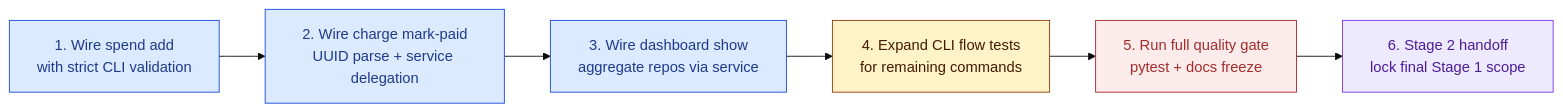
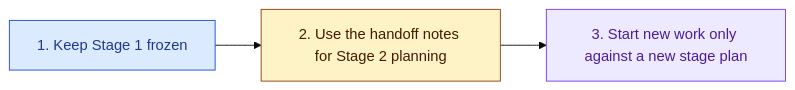
Diagram 13 of 25 in Docs/stage1_implementation_status.md (MoaminShikha/student-expense-tracker), drawn with Mermaid (base theme) before and after one commit. The commit also changed other lines of this file, not shown here.

Commit message:
docs(stage1): freeze final implementation status

````diff
--- a/Docs/stage1_implementation_status.md
+++ b/Docs/stage1_implementation_status.md
@@ -497,18 +480,12 @@
 ```mermaid
 flowchart LR
-    S1["1. Wire spend add\nwith strict CLI validation"]
-    S2["2. Wire charge mark-paid\nUUID parse + service delegation"]
-    S3["3. Wire dashboard show\naggregate repos via service"]
-    S4["4. Expand CLI flow tests\nfor remaining commands"]
-    S5["5. Run full quality gate\npytest + docs freeze"]
-    S6["6. Stage 2 handoff\nlock final Stage 1 scope"]
+    S1["1. Keep Stage 1 frozen"]
+    S2["2. Use the handoff notes for Stage 2 planning"]
+    S3["3. Start new work only against a new stage plan"]
 
-    S1 --> S2 --> S3 --> S4 --> S5 --> S6
+    S1 --> S2 --> S3
 
     style S1 fill:#dbeafe,stroke:#1d4ed8,color:#1e3a8a
-    style S2 fill:#dbeafe,stroke:#1d4ed8,color:#1e3a8a
-    style S3 fill:#dbeafe,stroke:#1d4ed8,color:#1e3a8a
-    style S4 fill:#fef3c7,stroke:#92400e,color:#451a03
-    style S5 fill:#fcebeb,color:#a32d2d,stroke:#a32d2d
-    style S6 fill:#ede9fe,stroke:#7c3aed,color:#4c1d95
+    style S2 fill:#fef3c7,stroke:#92400e,color:#451a03
+    style S3 fill:#ede9fe,stroke:#7c3aed,color:#4c1d95
 ```
````
